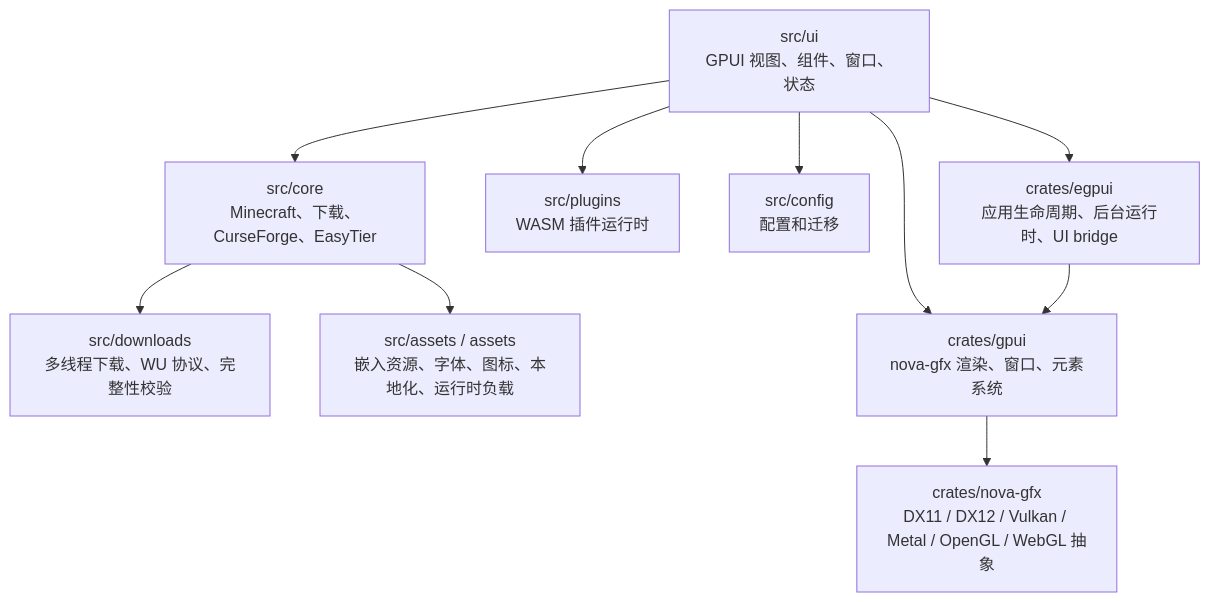
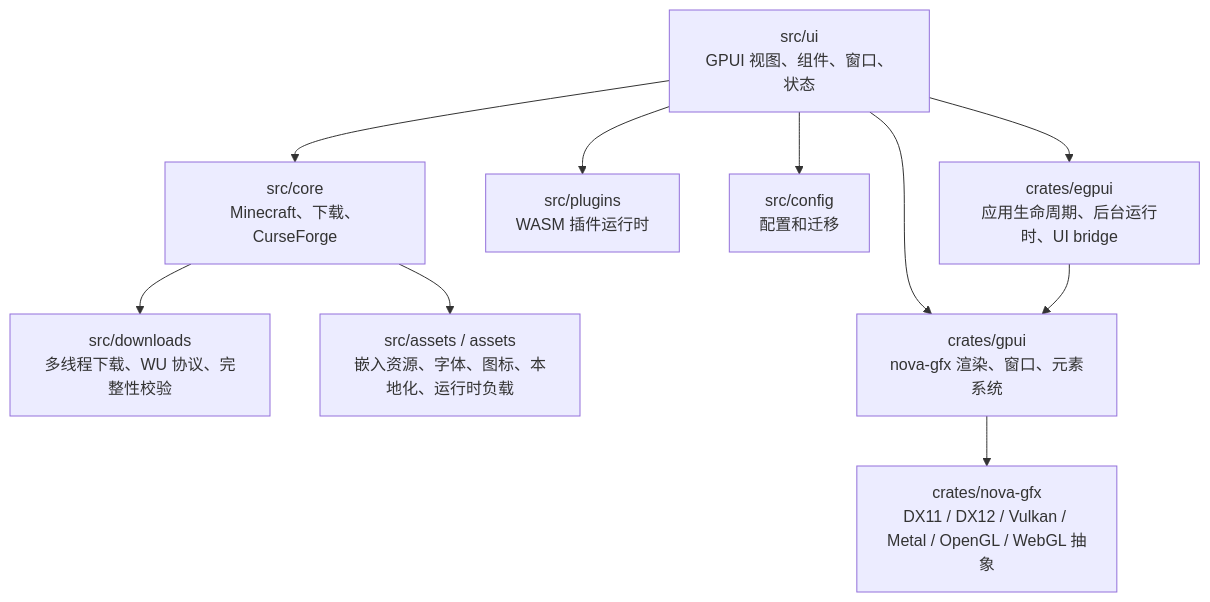
The diagram in README.md (Chlna6666/Better-Minecraft-Bedrock-Launcher), drawn with Mermaid before and after one commit. The commit also changed other lines of this file and 11 other files, not shown here.

First line of the commit message:
docs(architecture): describe the scene split and plugin native ABI

````diff
--- a/README.md
+++ b/README.md
@@ -170,12 +166,12 @@
 ```mermaid
 flowchart TD
-    UI["src/ui\nGPUI 视图、组件、窗口、状态"] --> Core["src/core\nMinecraft、下载、CurseForge、EasyTier"]
+    UI["src/ui\nGPUI 视图、组件、窗口、状态"] --> Core["src/core\nMinecraft、下载、CurseForge"]
     UI --> Plugins["src/plugins\nWASM 插件运行时"]
     UI --> Config["src/config\n配置和迁移"]
     Core --> Downloads["src/downloads\n多线程下载、WU 协议、完整性校验"]
     Core --> Assets["src/assets / assets\n嵌入资源、字体、图标、本地化、运行时负载"]
 UI --> GPUI["crates/gpui\nnova-gfx 渲染、窗口、元素系统"]
 UI --> EGPUI["crates/egpui\n应用生命周期、后台运行时、UI bridge"]
 EGPUI --> GPUI
     GPUI --> Nova["crates/nova-gfx\nDX11 / DX12 / Vulkan / Metal / OpenGL / WebGL 抽象"]
 ```
````
